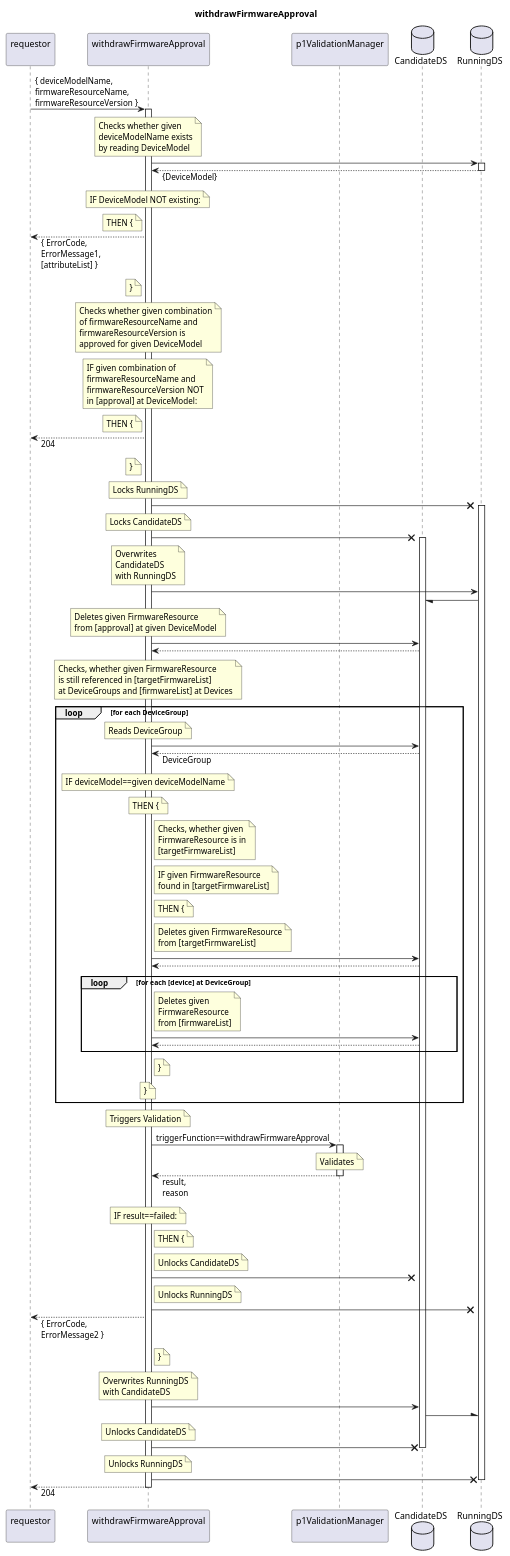
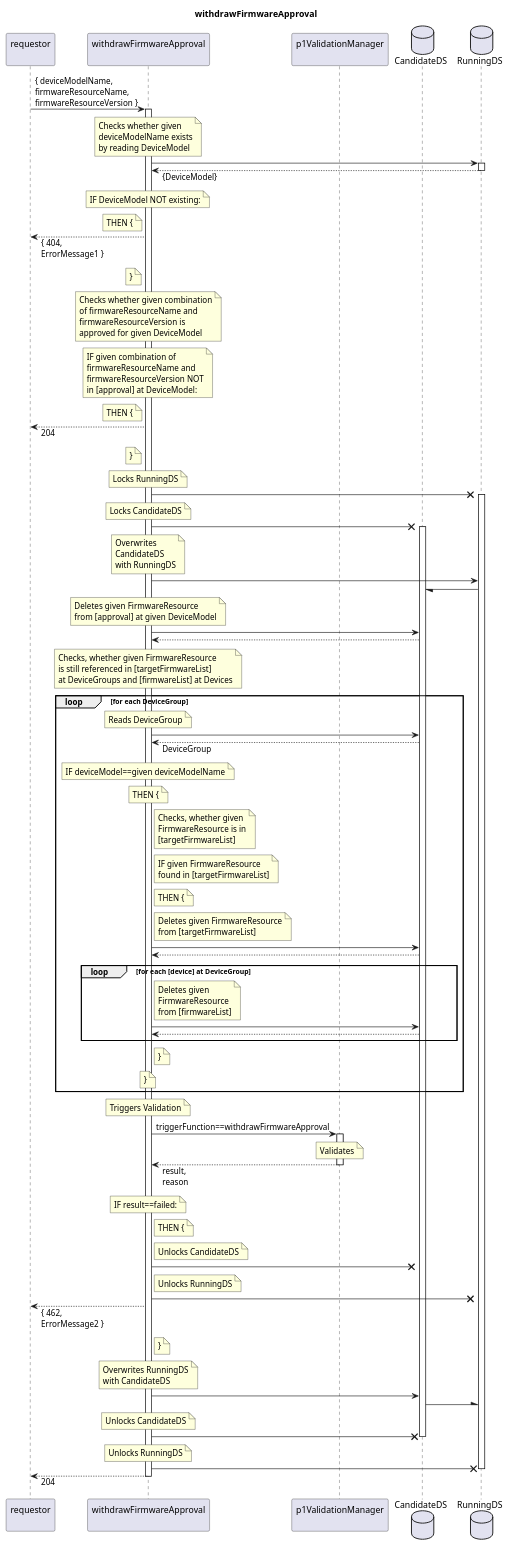
The diagram in spec/Services/withdrawFirmwareApproval/1.0.0/withdrawFirmwareApproval.plantuml (openBackhaul/FirmWareManager), drawn with PlantUML before and after one commit. The commit also changed 89 other files, not shown here.

```diff
--- a/spec/Services/withdrawFirmwareApproval/1.0.0/withdrawFirmwareApproval.plantuml
+++ b/spec/Services/withdrawFirmwareApproval/1.0.0/withdrawFirmwareApproval.plantuml
@@ -1,183 +1,183 @@
 @startuml withdrawFirmwareApproval
 skinparam responseMessageBelowArrow true
 
 title
   withdrawFirmwareApproval
 end title
 
 participant "requestor\n" as requestor
 participant "withdrawFirmwareApproval\n" as indServ
 participant "p1ValidationManager\n" as valiMan
 database "CandidateDS" as CanDS
 database "RunningDS" as RunDS
 
 requestor -> indServ: { deviceModelName,\nfirmwareResourceName,\nfirmwareResourceVersion }
 activate indServ
 
   note over indServ
     Checks whether given
     deviceModelName exists
     by reading DeviceModel
   end note
   indServ -> RunDS
   activate RunDS
   indServ <-- RunDS: {DeviceModel}
   deactivate RunDS
   note over indServ
     IF DeviceModel NOT existing:
   end note
   note left indServ
     THEN {
   end note
-  requestor <-- indServ: { ErrorCode,\nErrorMessage1,\n[attributeList] }
+  requestor <-- indServ: { 404,\nErrorMessage1 }
   note left indServ
     }
   end note
 
   note over indServ
     Checks whether given combination
     of firmwareResourceName and
     firmwareResourceVersion is
     approved for given DeviceModel
   end note
   note over indServ
     IF given combination of
     firmwareResourceName and
     firmwareResourceVersion NOT
     in [approval] at DeviceModel:
   end note
   note left indServ
     THEN {
   end note
   requestor <-- indServ: 204
   note left indServ
     }
   end note
 
   note over indServ
     Locks RunningDS
   end note
   indServ -X RunDS
   activate RunDS
   note over indServ
     Locks CandidateDS
   end note
   indServ -X CanDS
   activate CanDS
   note over indServ
     Overwrites
     CandidateDS
     with RunningDS
   end note
   indServ -> RunDS
   RunDS -/ CanDS
 
   note over indServ
     Deletes given FirmwareResource
     from [approval] at given DeviceModel
   end note
   indServ -> CanDS
   indServ <-- CanDS
 
   note over indServ
     Checks, whether given FirmwareResource
     is still referenced in [targetFirmwareList]
     at DeviceGroups and [firmwareList] at Devices
   end note
   loop for each DeviceGroup
     note over indServ
       Reads DeviceGroup
     end note
     indServ -> CanDS
     indServ <-- CanDS: DeviceGroup
     note over indServ
       IF deviceModel==given deviceModelName
     end note
     note over indServ
       THEN {
     end note
     note right indServ
       Checks, whether given
       FirmwareResource is in
       [targetFirmwareList]
     end note
     note right indServ
       IF given FirmwareResource
       found in [targetFirmwareList]
     end note
     note right indServ
       THEN {
     end note
     note right indServ
       Deletes given FirmwareResource
       from [targetFirmwareList]
     end note
     indServ -> CanDS
     indServ <-- CanDS
     loop for each [device] at DeviceGroup
       note right indServ
         Deletes given
         FirmwareResource
         from [firmwareList]
       end note
       indServ -> CanDS
       indServ <-- CanDS
     end loop
     note right indServ
       }
     end note
     note over indServ
       }
     end note
   end loop
 
   note over indServ
     Triggers Validation
   end note
   indServ -> valiMan: triggerFunction==withdrawFirmwareApproval
   activate valiMan
     note over valiMan
       Validates
     end note
   indServ <-- valiMan: result,\nreason
   deactivate valiMan
   note over indServ
     IF result==failed:
   end note
   note right indServ
     THEN {
   end note
   note right indServ
     Unlocks CandidateDS
   end note
   indServ -X CanDS
   note right indServ
     Unlocks RunningDS
   end note
   indServ -X RunDS
-  requestor <-- indServ: { ErrorCode,\nErrorMessage2 }
+  requestor <-- indServ: { 462,\nErrorMessage2 }
   note right indServ
     }
   end note
 
   note over indServ
     Overwrites RunningDS
     with CandidateDS
   end note
   indServ -> CanDS
   CanDS -\ RunDS
   note over indServ
     Unlocks CandidateDS
   end note
   indServ -X CanDS
   deactivate CanDS
   note over indServ
     Unlocks RunningDS
   end note
   indServ -X RunDS
   deactivate RunDS
 
 requestor <-- indServ: 204
 deactivate indServ
 
 @enduml
```
